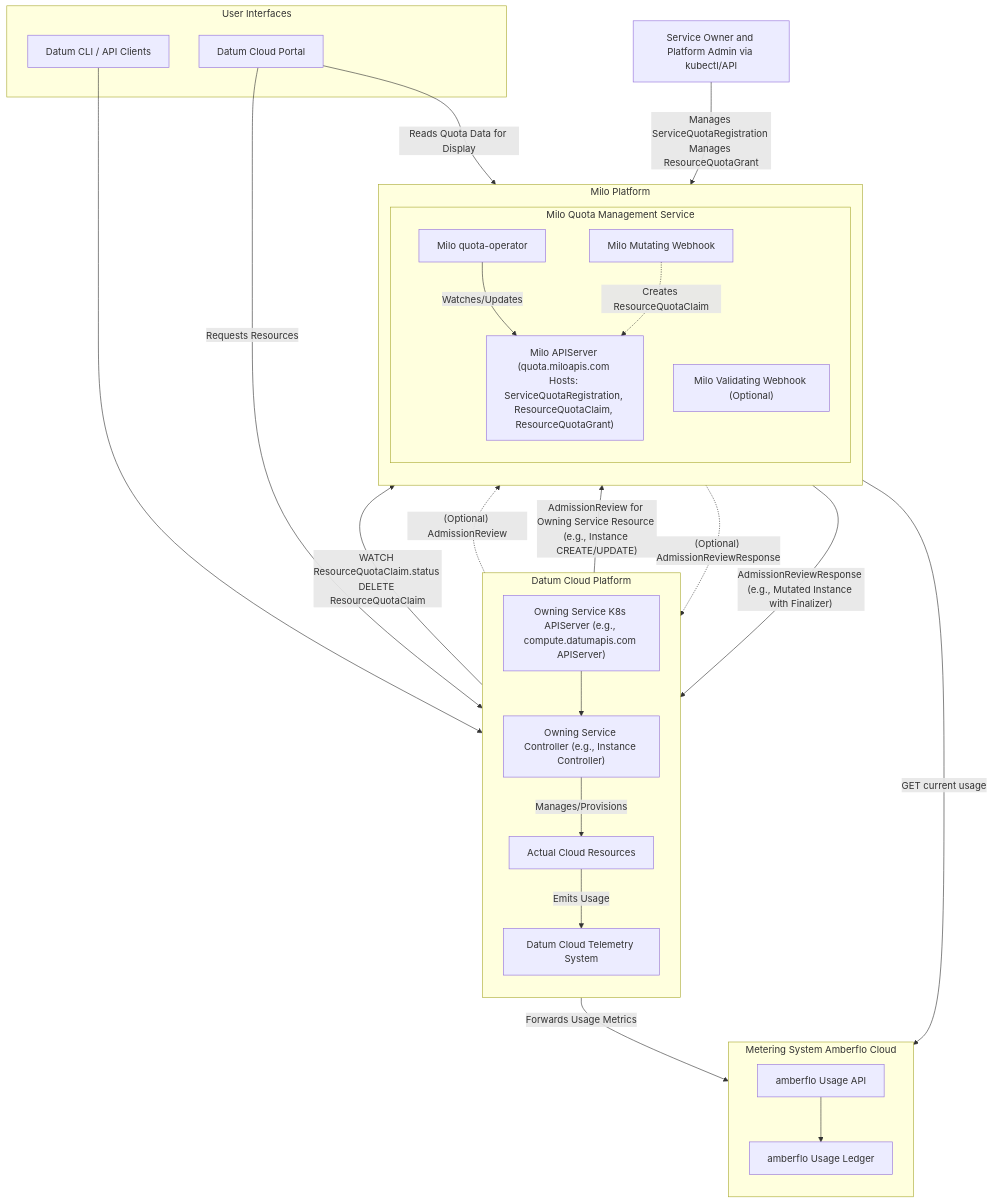
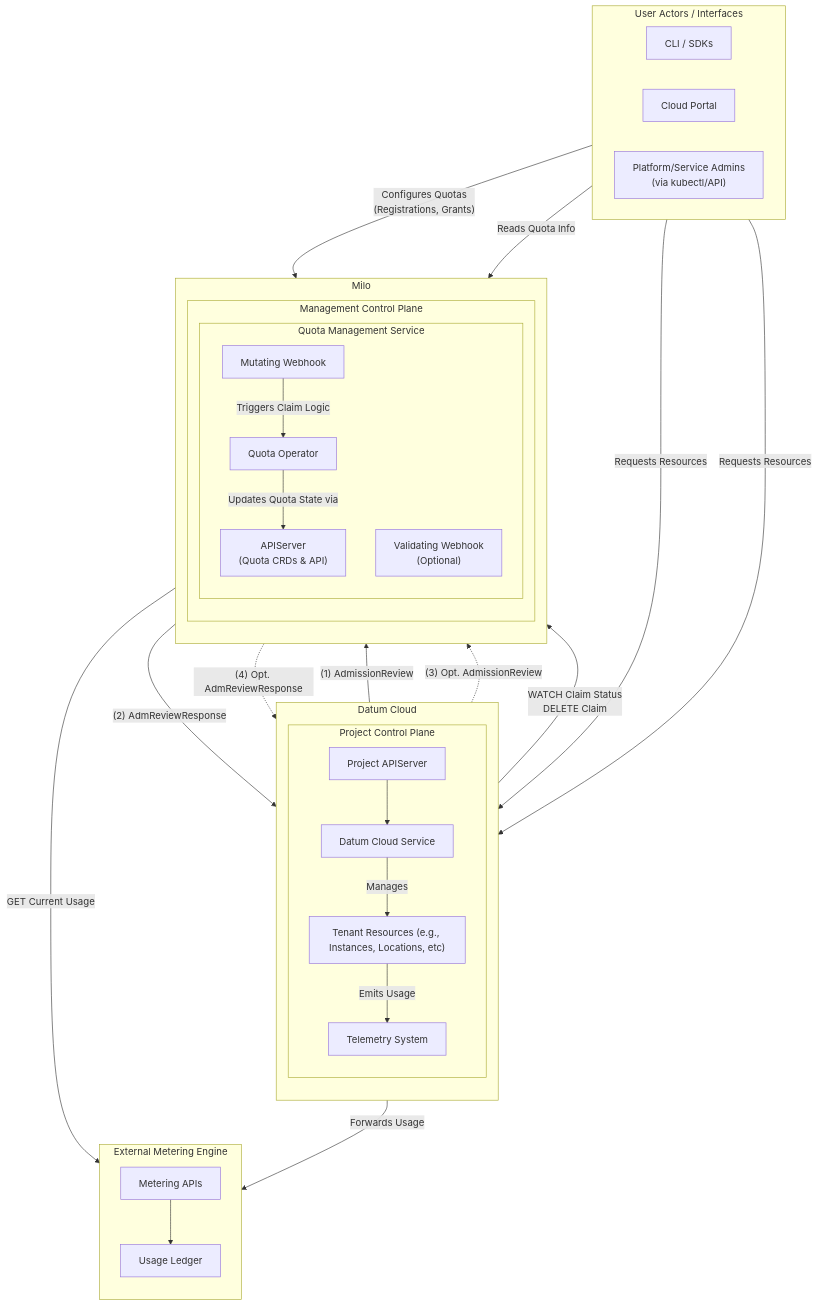
One commit to datum-cloud/enhancements changed the second of 3 diagrams in enhancements/platform/quota-management/README.md. Above: the diagram before and after it, drawn with Mermaid. The commit also changed other lines of this file and 1 other file, not shown here.

Commit message:
enh(quota): updates C1 and C2 diagrams, adds clarity

````diff
--- a/enhancements/platform/quota-management/README.md
+++ b/enhancements/platform/quota-management/README.md
@@ -905,64 +1026,74 @@
 ```mermaid
 %% C2 - Container Diagram: Milo Quota Management System & Interactions
 flowchart TD
-    subgraph UserInterfaces[User Interfaces]
-        CLI[Datum CLI / API Clients]
-        Portal[Datum Cloud Portal]
+    subgraph UserActors ["User Actors / Interfaces"]
+        direction LR
+        CLI["CLI / SDKs"]
+        Portal["Cloud Portal"]
+        AdminUser["Platform/Service Admins <br> (via kubectl/API)"]
     end
 
-    subgraph DatumCloud[Datum Cloud Platform]
+    subgraph DatumCloud ["Datum Cloud"]
         direction TB
-        OwningServiceAPIServer["Owning Service K8s APIServer (e.g., compute.datumapis.com APIServer)"]
-        OwningServiceController["Owning Service Controller (e.g., Instance Controller)"]
-        DatumTelemetry[Datum Cloud Telemetry System]
+        subgraph PCP ["Project Control Plane"]
+            ProjectAPIServer["Project APIServer"]
+            DatumCloudService["Datum Cloud Service"]
+            ActualResource["Tenant Resources (e.g., Instances, Locations, etc)"]
+            DatumTelemetry["Telemetry System"]
 
-        OwningServiceAPIServer --> OwningServiceController
-        OwningServiceController -- "Manages/Provisions" --> ActualResource[Actual Cloud Resources]
-        ActualResource -- "Emits Usage" --> DatumTelemetry
-    end
-
-    subgraph Milo[Milo Platform]
-        direction TB
-        subgraph QuotaMgmtService [Milo Quota Management Service]
-            MiloQuotaAPIServer["Milo APIServer (quota.miloapis.com Hosts: ServiceQuotaRegistration, ResourceQuotaClaim, ResourceQuotaGrant)"]
-            QuotaOperator["Milo quota-operator"]
-            MutatingWebhook["Milo Mutating Webhook"]
-            ValidatingWebhook["Milo Validating Webhook (Optional)"]
-
-            QuotaOperator -- "Watches/Updates" --> MiloQuotaAPIServer
-            MutatingWebhook -. "Creates ResourceQuotaClaim" .-> MiloQuotaAPIServer
+            ProjectAPIServer --> DatumCloudService
+            DatumCloudService -- "Manages" --> ActualResource
+            ActualResource -- "Emits Usage" --> DatumTelemetry
         end
     end
 
-    subgraph AmberfloCloud [Metering System Amberflo Cloud]
+    subgraph Milo ["Milo"]
         direction TB
-        AmberfloAPI[amberflo Usage API]
-        AmberfloLedger[amberflo Usage Ledger]
-        AmberfloAPI --> AmberfloLedger
+        subgraph MCP ["Management Control Plane"]
+            subgraph QuotaSvc ["Quota Management Service"]
+                MiloAPIServer["APIServer <br> (Quota CRDs & API)"]
+                QuotaOperator["Quota Operator"]
+                MiloMutatingWebhook["Mutating Webhook"]
+                MiloValidatingWebhook["Validating Webhook <br> (Optional)"]
+
+                MiloMutatingWebhook -- "Triggers Claim Logic" --> QuotaOperator
+                QuotaOperator -- "Updates Quota State via" --> MiloAPIServer
+                %% Implicit: Operator & Webhooks read from MiloAPIServer
+            end
+        end
     end
 
-    %% User to Datum Cloud Service
-    CLI --> OwningServiceAPIServer
-    Portal -- "Requests Resources" --> OwningServiceAPIServer
+    subgraph MeteringSystem ["External Metering Engine"]
+        direction TB
+        MeteringEngineAPI["Metering APIs"]
+        MeteringEngineLedger["Usage Ledger"]
 
-    %% Datum Cloud Service to Milo Webhooks (Admission Control)
-    OwningServiceAPIServer -- "AdmissionReview for Owning Service Resource (e.g., Instance CREATE/UPDATE)" --> MutatingWebhook
-    MutatingWebhook -- "AdmissionReviewResponse (e.g., Mutated Instance with Finalizer)" --> OwningServiceAPIServer
-    OwningServiceAPIServer -. "(Optional) AdmissionReview" .-> ValidatingWebhook
-    ValidatingWebhook -. "(Optional) AdmissionReviewResponse" .-> OwningServiceAPIServer
+        MeteringEngineAPI --> MeteringEngineLedger
+    end
 
-    %% Milo Quota Operator Interactions
-    QuotaOperator -- "GET current usage" --> AmberfloAPI
+    %% User Request Flow for Tenant Resources
+    CLI -- "Requests Resources" --> ProjectAPIServer
+    Portal -- "Requests Resources" --> ProjectAPIServer
 
-    %% Owning Service Controller to Milo for Quota Status
-    OwningServiceController -- "WATCH ResourceQuotaClaim.status DELETE ResourceQuotaClaim" --> MiloQuotaAPIServer
+    %% Admission Control Flow (PCP to MCP Webhooks)
+    ProjectAPIServer -- "(1) AdmissionReview" --> MiloMutatingWebhook
+    MiloMutatingWebhook -- "(2) AdmReviewResponse" --> ProjectAPIServer
+    ProjectAPIServer -. "(3) Opt. AdmissionReview" .-> MiloValidatingWebhook
+    MiloValidatingWebhook -. "(4) Opt. AdmReviewResponse" .-> ProjectAPIServer
 
-    %% Telemetry Flow
-    DatumTelemetry -- "Forwards Usage Metrics" --> AmberfloLedger
+    %% Quota Operator's External Data Source for Usage
+    QuotaOperator -- "GET Current Usage" --> MeteringEngineAPI
 
-    %% Admin/Owner Interaction with Milo for Quota Definitions
-    AdminUser[Service Owner and Platform Admin via kubectl/API]
-    AdminUser -- "Manages ServiceQuotaRegistration Manages ResourceQuotaGrant" --> MiloQuotaAPIServer
-    Portal -- "Reads Quota Data for Display" --> MiloQuotaAPIServer
+    %% Service Controller (PCP) interaction with Milo APIServer (MCP)
+    DatumCloudService -- "WATCH Claim Status <br> DELETE Claim" --> MiloAPIServer
+
+    %% Admin Configuration of Quotas
+    AdminUser -- "Configures Quotas <br> (Registrations, Grants)" --> MiloAPIServer
+
+    %% Portal Reading Quota Data
+    Portal -- "Reads Quota Info" --> MiloAPIServer
+
+    %% Telemetry Forwarding
+    DatumTelemetry -- "Forwards Usage" --> MeteringEngineAPI 
 
 ```
````
